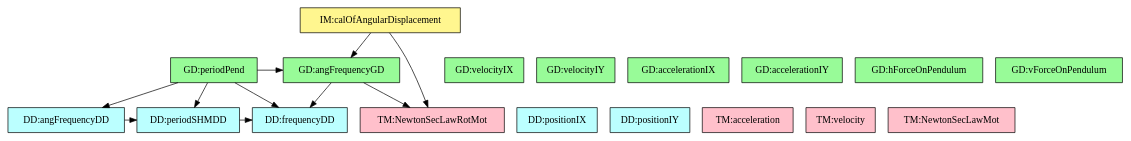
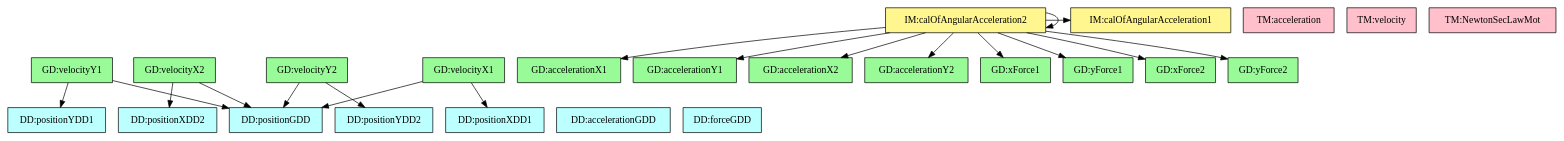
The diagram in code/stable/dblpendulum/TraceyGraph/refvsref.dot (JacquesCarette/Drasil), drawn with Graphviz before and after one commit. The commit also changed 6 other files, not shown here.

```diff
--- a/code/stable/dblpendulum/TraceyGraph/refvsref.dot
+++ b/code/stable/dblpendulum/TraceyGraph/refvsref.dot
@@ -1,56 +1,70 @@
 digraph refvsref {
-	angularFrequency -> period;
-	period -> frequency;
-	angFrequencyGD -> frequency;
-	angFrequencyGD -> newtonSLR;
-	periodPendGD -> frequency;
-	periodPendGD -> angularFrequency;
-	periodPendGD -> period;
-	periodPendGD -> angFrequencyGD;
-	angularDisplacementIM -> newtonSLR;
-	angularDisplacementIM -> angFrequencyGD;
+	v_x1 -> velocity;
+	v_x1 -> p_x1;
+	v_y1 -> velocity;
+	v_y1 -> p_y1;
+	v_x2 -> velocity;
+	v_x2 -> p_x2;
+	v_y2 -> velocity;
+	v_y2 -> p_y2;
+	angularAccelerationIM2 -> a_x1;
+	angularAccelerationIM2 -> a_y1;
+	angularAccelerationIM2 -> a_x2;
+	angularAccelerationIM2 -> a_y2;
+	angularAccelerationIM2 -> xForce1;
+	angularAccelerationIM2 -> yForce1;
+	angularAccelerationIM2 -> xForce2;
+	angularAccelerationIM2 -> yForce2;
+	angularAccelerationIM2 -> angularAccelerationIM1;
+	angularAccelerationIM2 -> angularAccelerationIM2;
 
 
-	ixPos	[shape=box, color=black, style=filled, fillcolor=paleturquoise1, label="DD:positionIX"];
-	iyPos	[shape=box, color=black, style=filled, fillcolor=paleturquoise1, label="DD:positionIY"];
-	frequency	[shape=box, color=black, style=filled, fillcolor=paleturquoise1, label="DD:frequencyDD"];
-	angularFrequency	[shape=box, color=black, style=filled, fillcolor=paleturquoise1, label="DD:angFrequencyDD"];
-	period	[shape=box, color=black, style=filled, fillcolor=paleturquoise1, label="DD:periodSHMDD"];
+	velocity	[shape=box, color=black, style=filled, fillcolor=paleturquoise1, label="DD:positionGDD"];
+	p_x1	[shape=box, color=black, style=filled, fillcolor=paleturquoise1, label="DD:positionXDD1"];
+	p_y1	[shape=box, color=black, style=filled, fillcolor=paleturquoise1, label="DD:positionYDD1"];
+	p_x2	[shape=box, color=black, style=filled, fillcolor=paleturquoise1, label="DD:positionXDD2"];
+	p_y2	[shape=box, color=black, style=filled, fillcolor=paleturquoise1, label="DD:positionYDD2"];
+	acceleration	[shape=box, color=black, style=filled, fillcolor=paleturquoise1, label="DD:accelerationGDD"];
+	force	[shape=box, color=black, style=filled, fillcolor=paleturquoise1, label="DD:forceGDD"];
 
 	subgraph DD {
 	rank="same"
-	{ixPos, iyPos, frequency, angularFrequency, period}
+	{velocity, p_x1, p_y1, p_x2, p_y2, acceleration, force}
 	}
 
 	accelerationTM	[shape=box, color=black, style=filled, fillcolor=pink, label="TM:acceleration"];
 	velocityTM	[shape=box, color=black, style=filled, fillcolor=pink, label="TM:velocity"];
 	newtonSL	[shape=box, color=black, style=filled, fillcolor=pink, label="TM:NewtonSecLawMot"];
-	newtonSLR	[shape=box, color=black, style=filled, fillcolor=pink, label="TM:NewtonSecLawRotMot"];
 
 	subgraph TM {
 	rank="same"
-	{accelerationTM, velocityTM, newtonSL, newtonSLR}
+	{accelerationTM, velocityTM, newtonSL}
 	}
 
-	xVel	[shape=box, color=black, style=filled, fillcolor=palegreen, label="GD:velocityIX"];
-	yVel	[shape=box, color=black, style=filled, fillcolor=palegreen, label="GD:velocityIY"];
-	xScalAcc	[shape=box, color=black, style=filled, fillcolor=palegreen, label="GD:accelerationIX"];
-	yScalAcc	[shape=box, color=black, style=filled, fillcolor=palegreen, label="GD:accelerationIY"];
-	hForceOnPendulum	[shape=box, color=black, style=filled, fillcolor=palegreen, label="GD:hForceOnPendulum"];
-	vForceOnPendulum	[shape=box, color=black, style=filled, fillcolor=palegreen, label="GD:vForceOnPendulum"];
-	angFrequencyGD	[shape=box, color=black, style=filled, fillcolor=palegreen, label="GD:angFrequencyGD"];
-	periodPendGD	[shape=box, color=black, style=filled, fillcolor=palegreen, label="GD:periodPend"];
+	v_x1	[shape=box, color=black, style=filled, fillcolor=palegreen, label="GD:velocityX1"];
+	v_y1	[shape=box, color=black, style=filled, fillcolor=palegreen, label="GD:velocityY1"];
+	v_x2	[shape=box, color=black, style=filled, fillcolor=palegreen, label="GD:velocityX2"];
+	v_y2	[shape=box, color=black, style=filled, fillcolor=palegreen, label="GD:velocityY2"];
+	a_x1	[shape=box, color=black, style=filled, fillcolor=palegreen, label="GD:accelerationX1"];
+	a_y1	[shape=box, color=black, style=filled, fillcolor=palegreen, label="GD:accelerationY1"];
+	a_x2	[shape=box, color=black, style=filled, fillcolor=palegreen, label="GD:accelerationX2"];
+	a_y2	[shape=box, color=black, style=filled, fillcolor=palegreen, label="GD:accelerationY2"];
+	xForce1	[shape=box, color=black, style=filled, fillcolor=palegreen, label="GD:xForce1"];
+	yForce1	[shape=box, color=black, style=filled, fillcolor=palegreen, label="GD:yForce1"];
+	xForce2	[shape=box, color=black, style=filled, fillcolor=palegreen, label="GD:xForce2"];
+	yForce2	[shape=box, color=black, style=filled, fillcolor=palegreen, label="GD:yForce2"];
 
 	subgraph GD {
 	rank="same"
-	{xVel, yVel, xScalAcc, yScalAcc, hForceOnPendulum, vForceOnPendulum, angFrequencyGD, periodPendGD}
+	{v_x1, v_y1, v_x2, v_y2, a_x1, a_y1, a_x2, a_y2, xForce1, yForce1, xForce2, yForce2}
 	}
 
-	angularDisplacementIM	[shape=box, color=black, style=filled, fillcolor=khaki1, label="IM:calOfAngularDisplacement"];
+	angularAccelerationIM1	[shape=box, color=black, style=filled, fillcolor=khaki1, label="IM:calOfAngularAcceleration1"];
+	angularAccelerationIM2	[shape=box, color=black, style=filled, fillcolor=khaki1, label="IM:calOfAngularAcceleration2"];
 
 	subgraph IM {
 	rank="same"
-	{angularDisplacementIM}
+	{angularAccelerationIM1, angularAccelerationIM2}
 	}
 
 }
```
